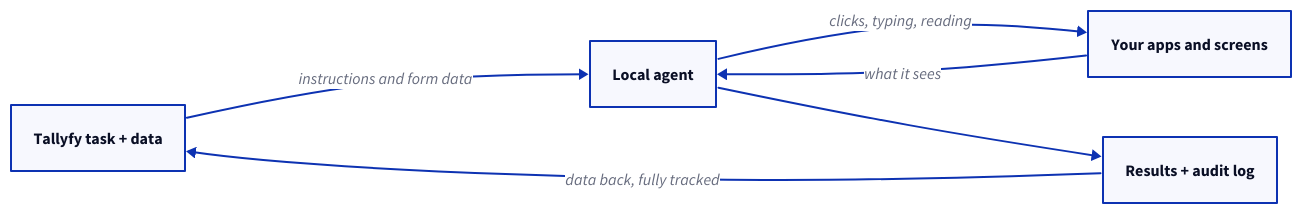
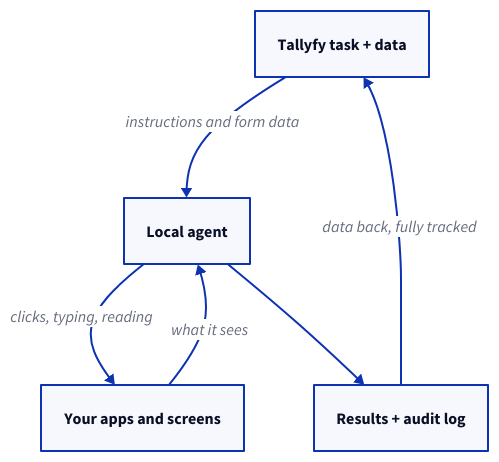
One commit to tallyfy/documentation changed the second of 2 diagrams in src/content/docs/pro/integrations/computer-ai-agents/local-computer-use-agents.mdx. Above: the diagram before and after it, drawn with D2. The commit also changed other lines of this file and 14 other files, not shown here.

First line of the commit message:
Redraw 15 diagrams and remove 1 so their text reads at full size

````diff
--- a/src/content/docs/pro/integrations/computer-ai-agents/local-computer-use-agents.mdx
+++ b/src/content/docs/pro/integrations/computer-ai-agents/local-computer-use-agents.mdx
@@ -73,12 +75,13 @@
 ```d2
-direction: right
+# How Tallyfy hands work to a local agent
+direction: down
 Tallyfy: Tallyfy task + data
 Agent: Local agent
 Screen: Your apps and screens
 Results: Results + audit log
 Tallyfy -> Agent: instructions and form data
 Agent -> Screen: clicks, typing, reading
 Screen -> Agent: what it sees
 Agent -> Results
 Results -> Tallyfy: data back, fully tracked
 ```
````
